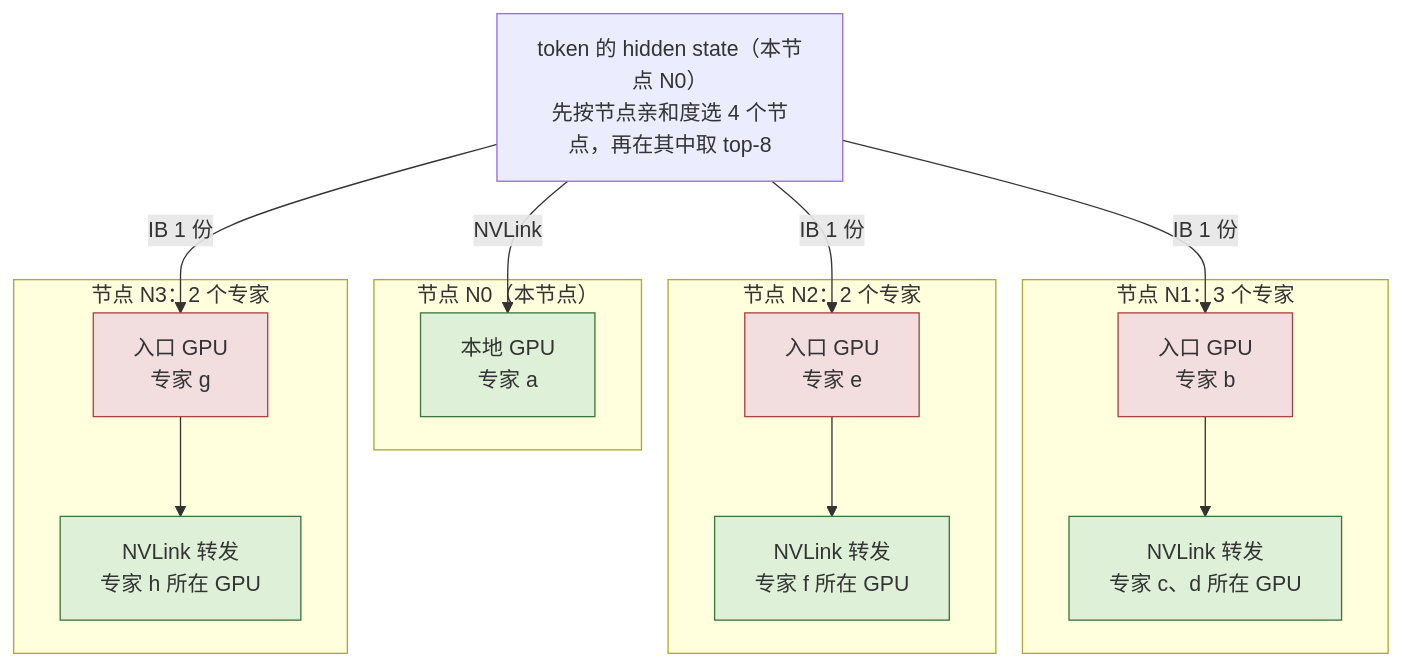
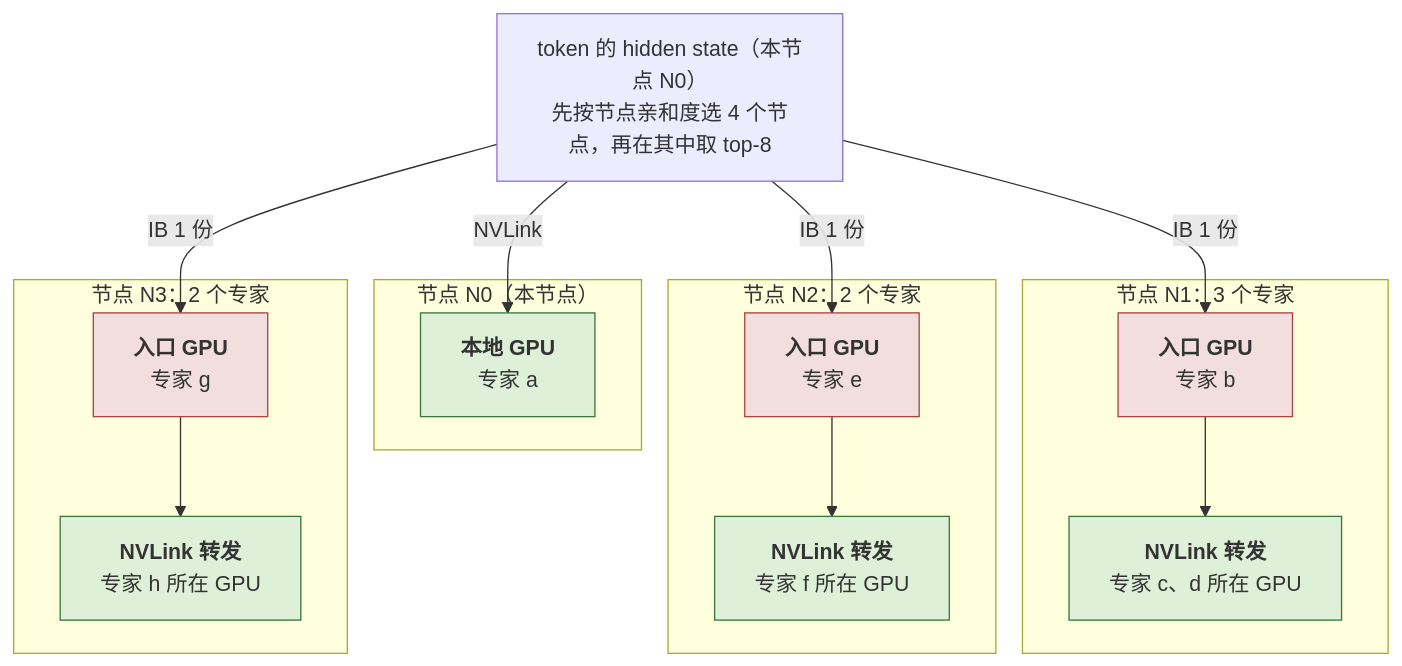
One commit to arganzheng/arganzheng.github.com changed the second of 2 diagrams in _posts/2026-04-05-moe-compute-and-communication.md. Above: the diagram before and after it, drawn with Mermaid. The commit also changed other lines of this file and 9 other files, not shown here.

First line of the commit message:
现代 LLM 结构：从 GPT-2 到今天的演进：Mermaid 多行方框的首行标为标题（10 篇）

````diff
--- a/_posts/2026-04-05-moe-compute-and-communication.md
+++ b/_posts/2026-04-05-moe-compute-and-communication.md
@@ -452,31 +452,31 @@
 ```mermaid
 %% 图：节点受限路由：一份 hidden state 跨 IB 只到达每个目标节点一次，节点内再由 NVLink 分发
 flowchart TB
     T["token 的 hidden state（本节点 N0）<br/>先按节点亲和度选 4 个节点，再在其中取 top-8"]
     subgraph n0["节点 N0（本节点）"]
-        G0["本地 GPU<br/>专家 a"]
+        G0["<b>本地 GPU</b><br/>专家 a"]
     end
     subgraph n1["节点 N1：3 个专家"]
-        G1["入口 GPU<br/>专家 b"]
-        F1["NVLink 转发<br/>专家 c、d 所在 GPU"]
+        G1["<b>入口 GPU</b><br/>专家 b"]
+        F1["<b>NVLink 转发</b><br/>专家 c、d 所在 GPU"]
     end
     subgraph n2["节点 N2：2 个专家"]
-        G2["入口 GPU<br/>专家 e"]
-        F2["NVLink 转发<br/>专家 f 所在 GPU"]
+        G2["<b>入口 GPU</b><br/>专家 e"]
+        F2["<b>NVLink 转发</b><br/>专家 f 所在 GPU"]
     end
     subgraph n3["节点 N3：2 个专家"]
-        G3["入口 GPU<br/>专家 g"]
-        F3["NVLink 转发<br/>专家 h 所在 GPU"]
+        G3["<b>入口 GPU</b><br/>专家 g"]
+        F3["<b>NVLink 转发</b><br/>专家 h 所在 GPU"]
     end
     T -->|"NVLink"| G0
     T -->|"IB 1 份"| G1
     T -->|"IB 1 份"| G2
     T -->|"IB 1 份"| G3
     G1 --> F1
     G2 --> F2
     G3 --> F3
     classDef ib fill:#f2dede,stroke:#a94442;
     classDef nv fill:#dff0d8,stroke:#3c763d;
     class G1,G2,G3 ib;
     class G0,F1,F2,F3 nv;
 ```
````
